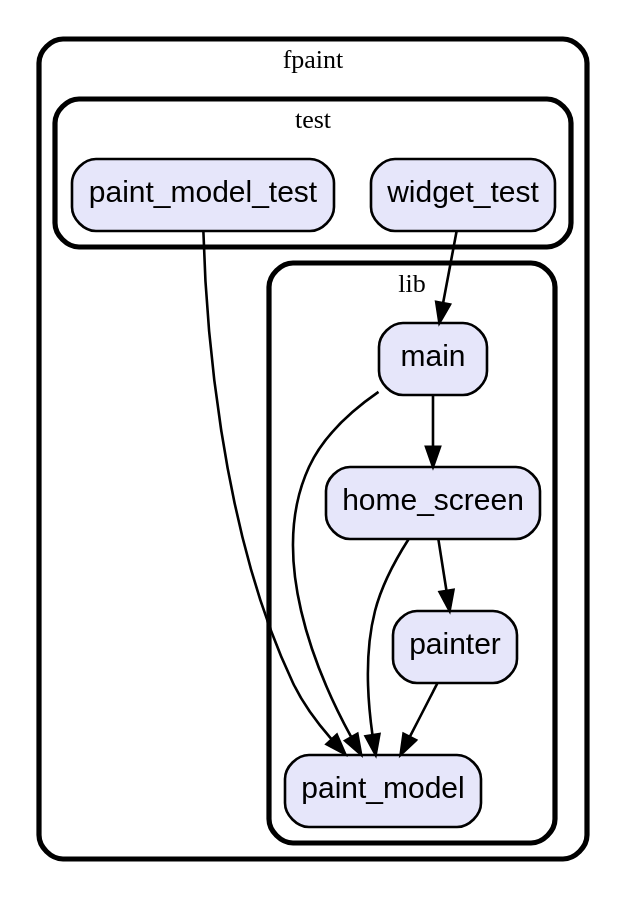
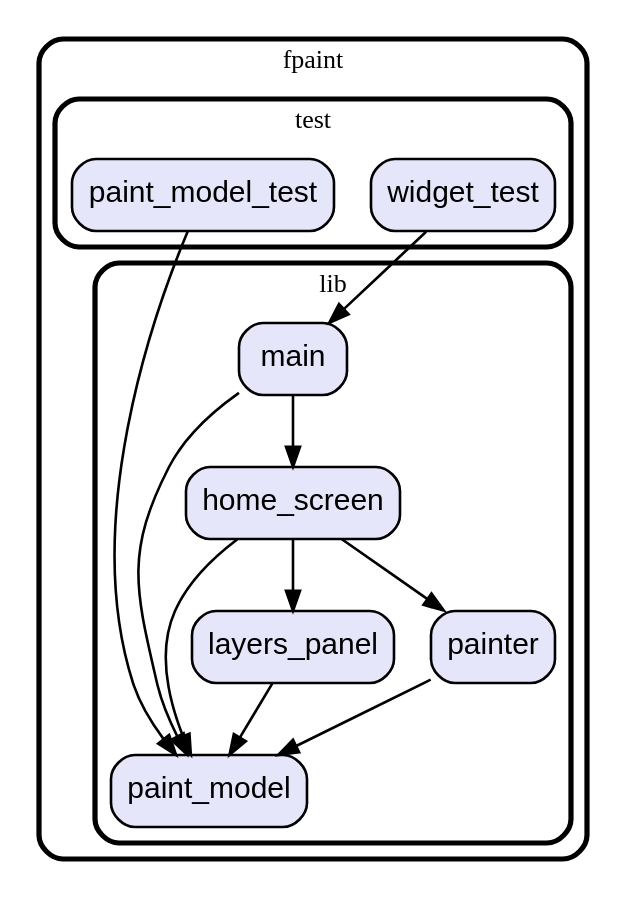
The diagram in graph.dot (vteam-com/fPaint), drawn with Graphviz before and after one commit. The commit also changed 8 other files, not shown here.

```diff
--- a/graph.dot
+++ b/graph.dot
@@ -1,33 +1,37 @@
 digraph "" {
   graph [style=rounded fontname="Arial Black" fontsize=13 penwidth=2.6];
   node [shape=rect style="filled,rounded" fontname=Arial fontsize=15 fillcolor=Lavender penwidth=1.3];
   edge [penwidth=1.3];
   "/test/paint_model_test.dart" [label="paint_model_test"];
   "/test/widget_test.dart" [label="widget_test"];
   "/lib/main.dart" [label="main"];
   "/lib/paint_model.dart" [label="paint_model"];
+  "/lib/layers_panel.dart" [label="layers_panel"];
   "/lib/painter.dart" [label="painter"];
   "/lib/home_screen.dart" [label="home_screen"];
   subgraph "cluster~" {
     label="fpaint";
     subgraph "cluster~/test" {
       label="test";
       "/test/paint_model_test.dart";
       "/test/widget_test.dart";
     }
     subgraph "cluster~/lib" {
       label="lib";
       "/lib/main.dart";
       "/lib/paint_model.dart";
+      "/lib/layers_panel.dart";
       "/lib/painter.dart";
       "/lib/home_screen.dart";
     }
   }
   "/test/paint_model_test.dart" -> "/lib/paint_model.dart";
   "/test/widget_test.dart" -> "/lib/main.dart";
   "/lib/main.dart" -> "/lib/home_screen.dart";
   "/lib/main.dart" -> "/lib/paint_model.dart";
+  "/lib/layers_panel.dart" -> "/lib/paint_model.dart";
   "/lib/painter.dart" -> "/lib/paint_model.dart";
+  "/lib/home_screen.dart" -> "/lib/layers_panel.dart";
   "/lib/home_screen.dart" -> "/lib/paint_model.dart";
   "/lib/home_screen.dart" -> "/lib/painter.dart";
 }
```
